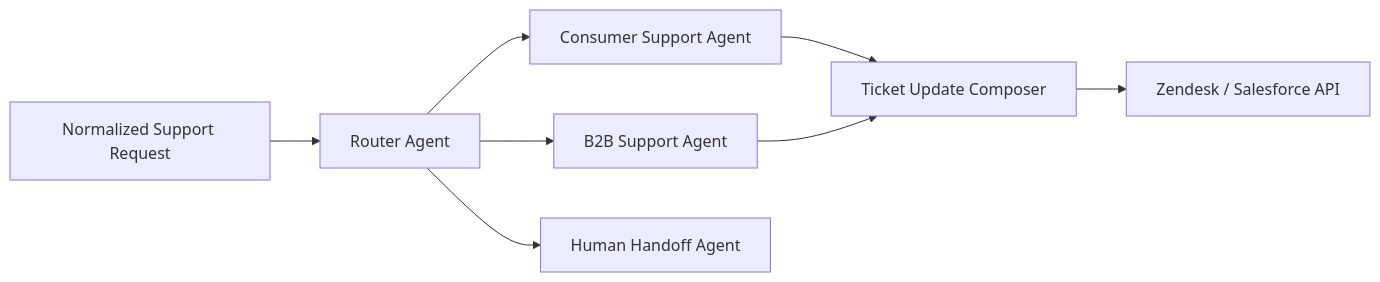
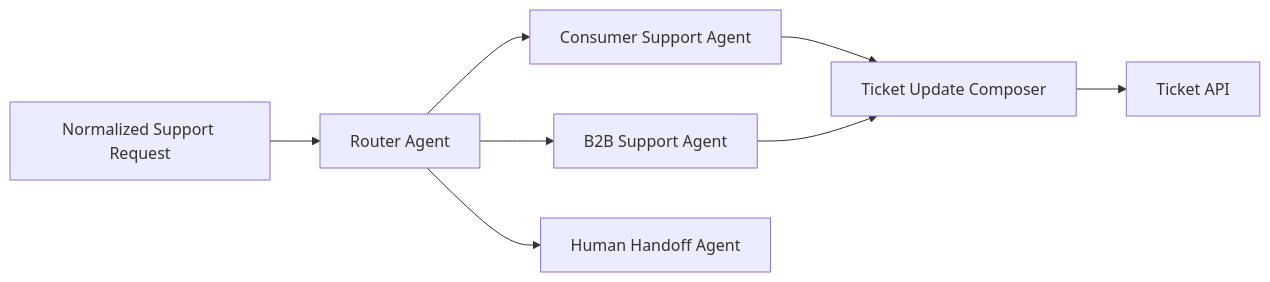
The second of 2 diagrams in content/blog/aws-summit-2025-agentic-ai-production.mdx (larsroettig/me), drawn with Mermaid before and after one commit. The commit also changed other lines of this file and 18 other files, not shown here.

````diff
--- a/content/blog/aws-summit-2025-agentic-ai-production.mdx
+++ b/content/blog/aws-summit-2025-agentic-ai-production.mdx
@@ -73,13 +73,13 @@
 ```mermaid
 flowchart LR
     A[Normalized Support Request] --> B[Router Agent]
 
     B --> C[Consumer Support Agent]
     B --> D[B2B Support Agent]
     B --> E[Human Handoff Agent]
 
     C --> F[Ticket Update Composer]
     D --> F
 
-    F --> G[Zendesk / Salesforce API]
+    F --> G[Ticket API]
 ```
````
